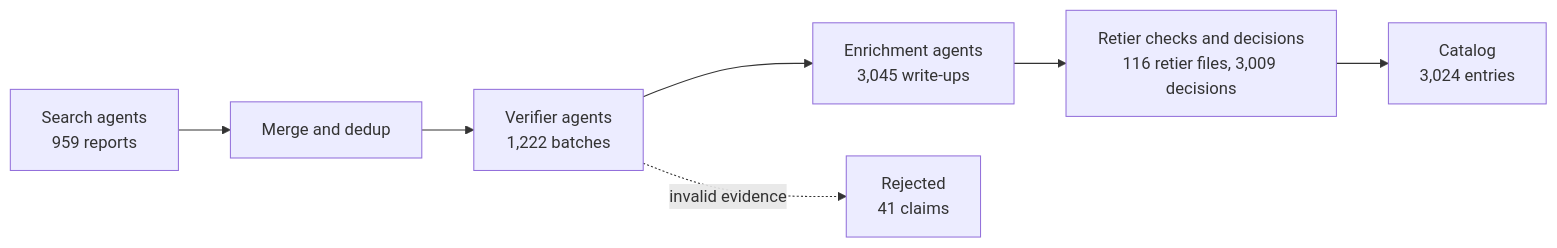
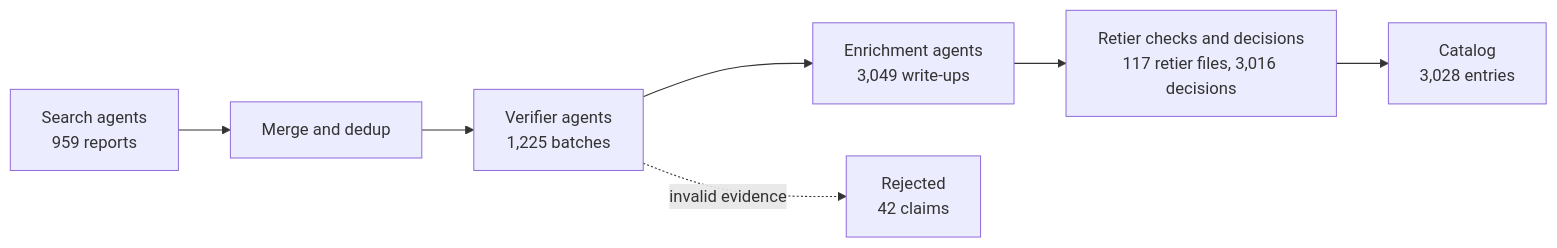
One commit to harrisjib216/fastplusplus changed the diagram in README.md. Above: the diagram before and after it, drawn with Mermaid. The commit also changed other lines of this file and 54 other files, not shown here.

````diff
--- a/README.md
+++ b/README.md
@@ -116,9 +116,9 @@
 ```mermaid
 flowchart LR
   S["Search agents<br/>959 reports"] --> M["Merge and dedup"]
-  M --> V["Verifier agents<br/>1,222 batches"]
-  V --> E["Enrichment agents<br/>3,045 write-ups"]
-  E --> R["Retier checks and decisions<br/>116 retier files, 3,009 decisions"]
-  R --> C["Catalog<br/>3,024 entries"]
-  V -. invalid evidence .-> X["Rejected<br/>41 claims"]
+  M --> V["Verifier agents<br/>1,225 batches"]
+  V --> E["Enrichment agents<br/>3,049 write-ups"]
+  E --> R["Retier checks and decisions<br/>117 retier files, 3,016 decisions"]
+  R --> C["Catalog<br/>3,028 entries"]
+  V -. invalid evidence .-> X["Rejected<br/>42 claims"]
 ```
````
